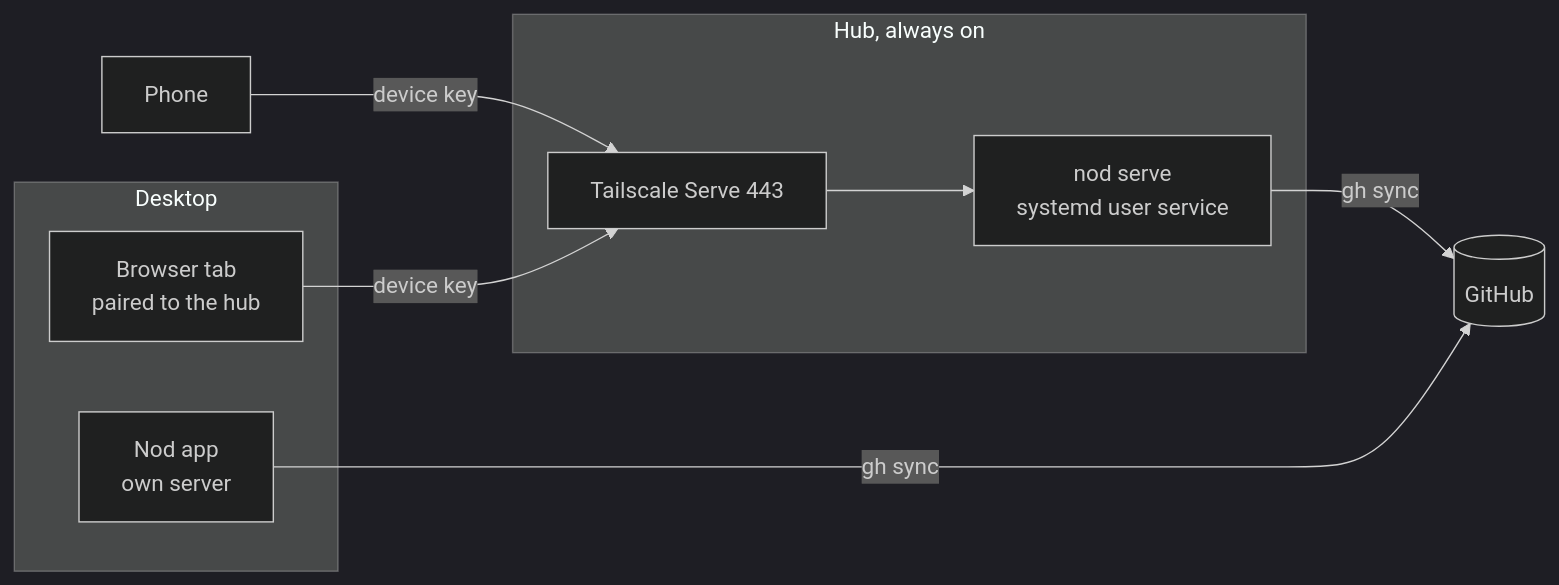
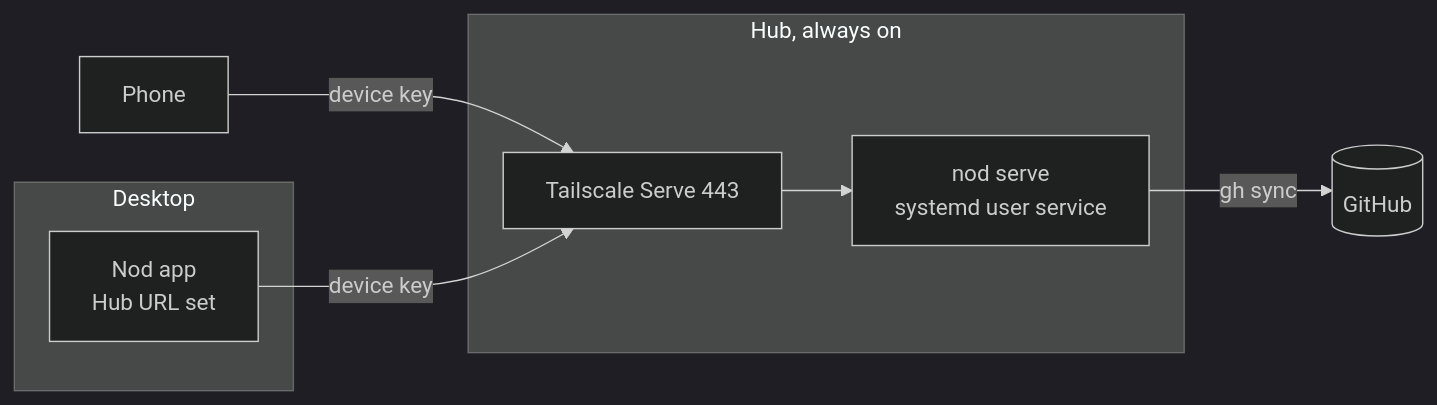
Before and after one commit to Deetss/nod: the second of 3 diagrams in docs/hub.md, drawn with Mermaid (dark theme). The commit also changed other lines of this file and 43 other files, not shown here.

First line of the commit message:
feat: hub clients, device roles and Hub pane (#97)

````diff
--- a/docs/hub.md
+++ b/docs/hub.md
@@ -34,18 +34,16 @@
 ```mermaid
 flowchart LR
   GH[(GitHub)]
   Phone[Phone]
   subgraph Hub[Hub, always on]
     TS[Tailscale Serve 443]
     Svc[nod serve<br/>systemd user service]
   end
   subgraph Spoke[Desktop]
-    App[Nod app<br/>own server]
-    Browser[Browser tab<br/>paired to the hub]
+    App[Nod app<br/>Hub URL set]
   end
   Phone -- device key --> TS
-  Browser -- device key --> TS
+  App -- device key --> TS
   TS --> Svc
   Svc -- gh sync --> GH
-  App -- gh sync --> GH
 ```
````
